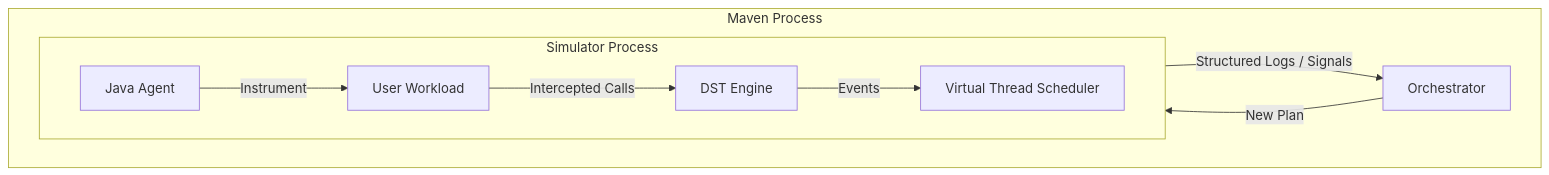
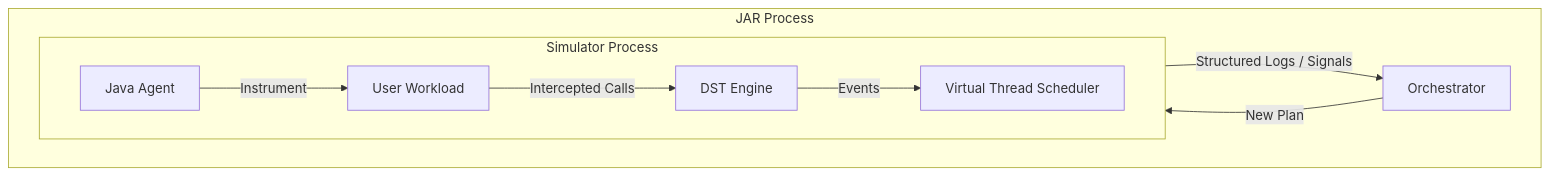
Before and after one commit to ylecaillez/opendst: the diagram in USAGE.md, drawn with Mermaid. The commit also changed 29 other files, not shown here.

````diff
--- a/USAGE.md
+++ b/USAGE.md
@@ -36,13 +36,13 @@
 ```mermaid
 graph TD
-    subgraph Maven Process
+    subgraph JAR Process
         Orchestrator -->|New Plan| SimulatorProcess
         SimulatorProcess -->|Structured Logs / Signals| Orchestrator
     end
 
     subgraph SimulatorProcess [Simulator Process]
         Agent[Java Agent] -->|Instrument| Workload[User Workload]
         Workload -->|Intercepted Calls| Simulator[DST Engine]
         Simulator -->|Events| Scheduler[Virtual Thread Scheduler]
     end
 ```
````
